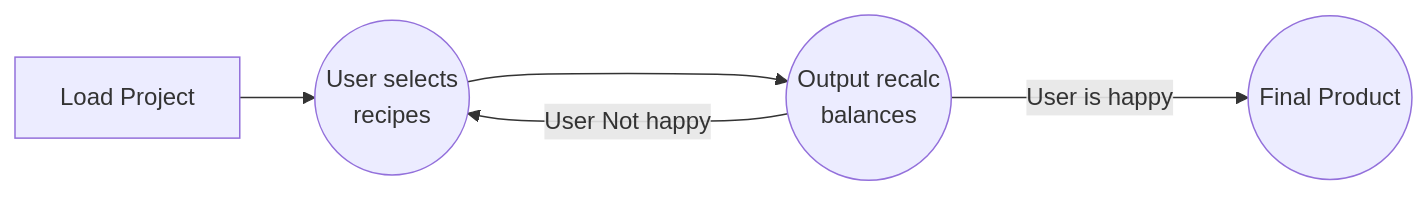
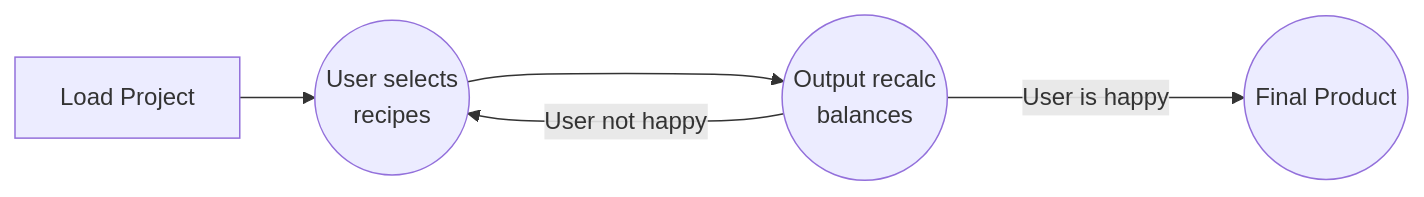
Before and after one commit to DavidKcodeRepo/FactoryPlanner: the diagram in Readme.md, drawn with Mermaid. The commit also changed other lines of this file, not shown here.

Commit message:
Readme.md updated from https://stackedit.io/

````diff
--- a/Readme.md
+++ b/Readme.md
@@ -33,5 +33,5 @@
 ```mermaid
 graph LR
-A[Load Project] -->B((User selects <br> recipes ))-->C((Output recalc <br> balances))--User Not happy --->B
+A[Load Project] -->B((User selects <br> recipes ))-->C((Output recalc <br> balances))--User not happy --->B
 C-- User is happy--->D((Final Product))
 ```
````
